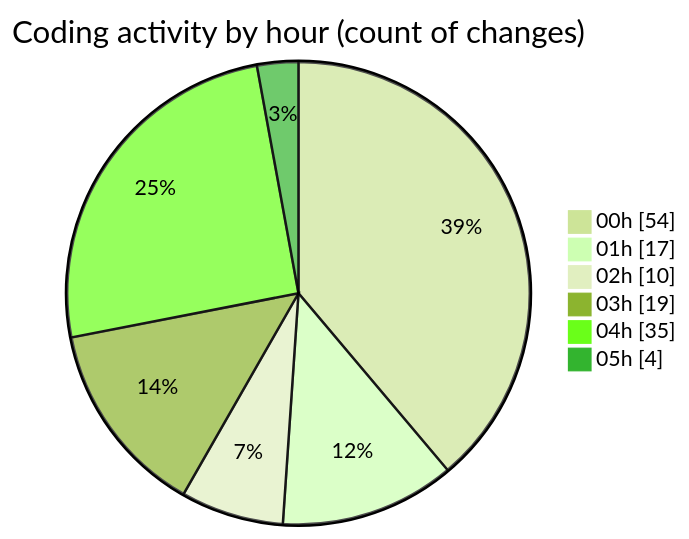
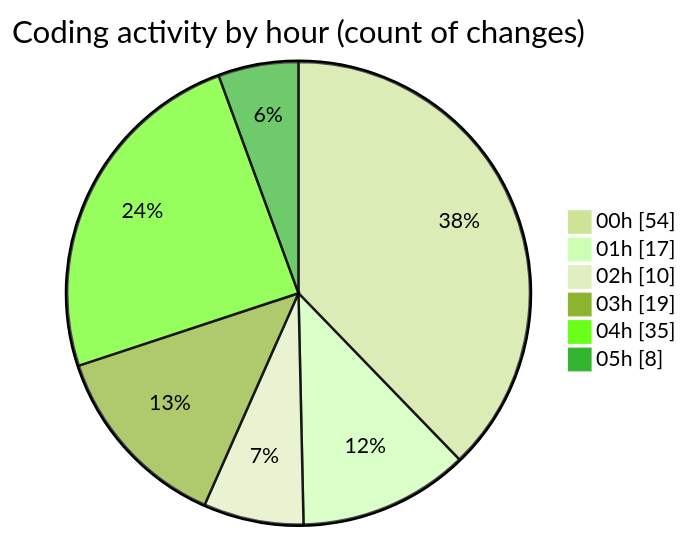
The second of 2 diagrams in 2025-07-26/quanlyrapchieuphim-1/README.md (lephambinh05/code-tracking), drawn with Mermaid (forest theme) before and after one commit. The commit also changed other lines of this file and 1 other file, not shown here.

````diff
--- a/2025-07-26/quanlyrapchieuphim-1/README.md
+++ b/2025-07-26/quanlyrapchieuphim-1/README.md
@@ -45,10 +48,10 @@
 ```mermaid
 pie showData
 title Coding activity by hour (count of changes)
 "00h" : 54
 "01h" : 17
 "02h" : 10
 "03h" : 19
 "04h" : 35
-"05h" : 4
+"05h" : 8
 ```
````
